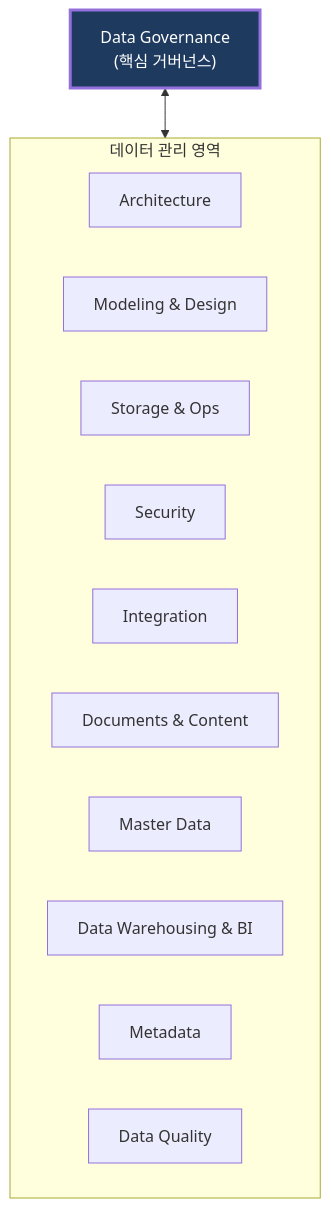
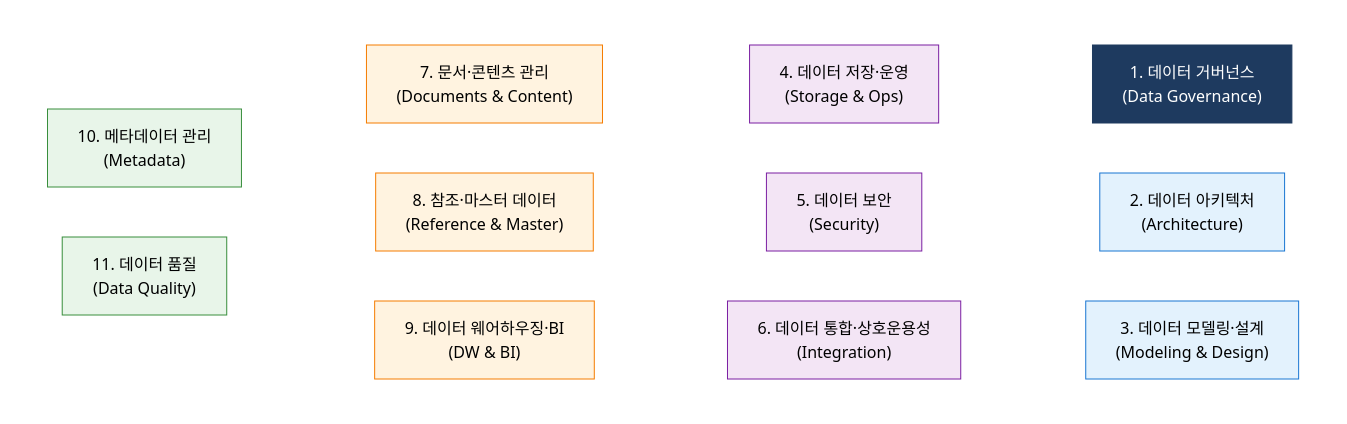
One commit to jeonck/fw-thinking changed the second of 3 diagrams in docs/07-data-ai-governance/dama-dmbok.md. Above: the diagram before and after it, drawn with Mermaid. The commit also changed other lines of this file, not shown here.

````diff
--- a/docs/07-data-ai-governance/dama-dmbok.md
+++ b/docs/07-data-ai-governance/dama-dmbok.md
@@ -21,21 +33,42 @@
 ```mermaid
 flowchart TD
-    DG["Data Governance<br/>(핵심 거버넌스)"]
-
-    subgraph AREAS["데이터 관리 영역"]
-        A1["Architecture"]
-        A2["Modeling & Design"]
-        A3["Storage & Ops"]
-        A4["Security"]
-        A5["Integration"]
-        A6["Documents & Content"]
-        A7["Master Data"]
-        A8["Data Warehousing & BI"]
-        A9["Metadata"]
-        A10["Data Quality"]
+    subgraph R1["　"]
+        direction LR
+        A1["1. 데이터 거버넌스<br/>(Data Governance)"]
+        A2["2. 데이터 아키텍처<br/>(Architecture)"]
+        A3["3. 데이터 모델링·설계<br/>(Modeling & Design)"]
+    end
+    subgraph R2["　"]
+        direction LR
+        A4["4. 데이터 저장·운영<br/>(Storage & Ops)"]
+        A5["5. 데이터 보안<br/>(Security)"]
+        A6["6. 데이터 통합·상호운용성<br/>(Integration)"]
+    end
+    subgraph R3["　"]
+        direction LR
+        A7["7. 문서·콘텐츠 관리<br/>(Documents & Content)"]
+        A8["8. 참조·마스터 데이터<br/>(Reference & Master)"]
+        A9["9. 데이터 웨어하우징·BI<br/>(DW & BI)"]
+    end
+    subgraph R4["　"]
+        direction LR
+        A10["10. 메타데이터 관리<br/>(Metadata)"]
+        A11["11. 데이터 품질<br/>(Data Quality)"]
     end
 
-    DG <--> AREAS
-    
-    style DG fill:#1E3A5F,color:#fff,stroke-width:3px
+    style A1 fill:#1E3A5F,stroke:#1E3A5F,color:#fff
+    style A2 fill:#E3F2FD,stroke:#1976D2,color:#000
+    style A3 fill:#E3F2FD,stroke:#1976D2,color:#000
+    style A4 fill:#F3E5F5,stroke:#7B1FA2,color:#000
+    style A5 fill:#F3E5F5,stroke:#7B1FA2,color:#000
+    style A6 fill:#F3E5F5,stroke:#7B1FA2,color:#000
+    style A7 fill:#FFF3E0,stroke:#F57C00,color:#000
+    style A8 fill:#FFF3E0,stroke:#F57C00,color:#000
+    style A9 fill:#FFF3E0,stroke:#F57C00,color:#000
+    style A10 fill:#E8F5E9,stroke:#388E3C,color:#000
+    style A11 fill:#E8F5E9,stroke:#388E3C,color:#000
+    style R1 fill:none,stroke:none
+    style R2 fill:none,stroke:none
+    style R3 fill:none,stroke:none
+    style R4 fill:none,stroke:none
 ```
````
